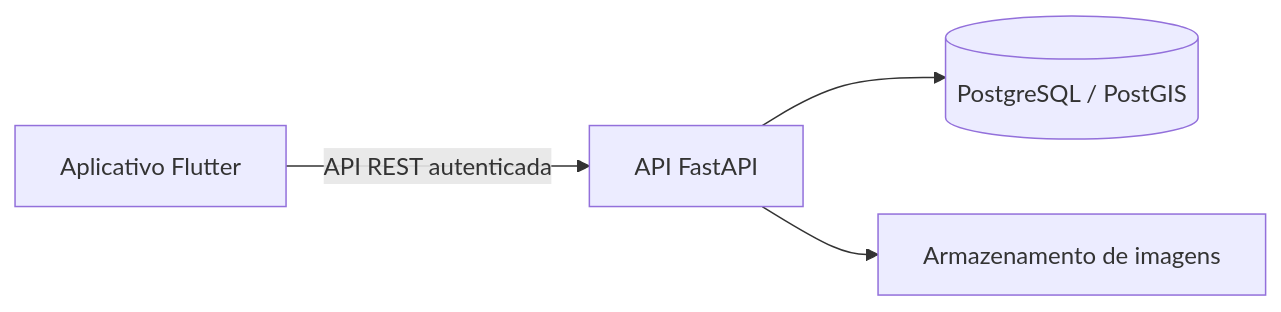
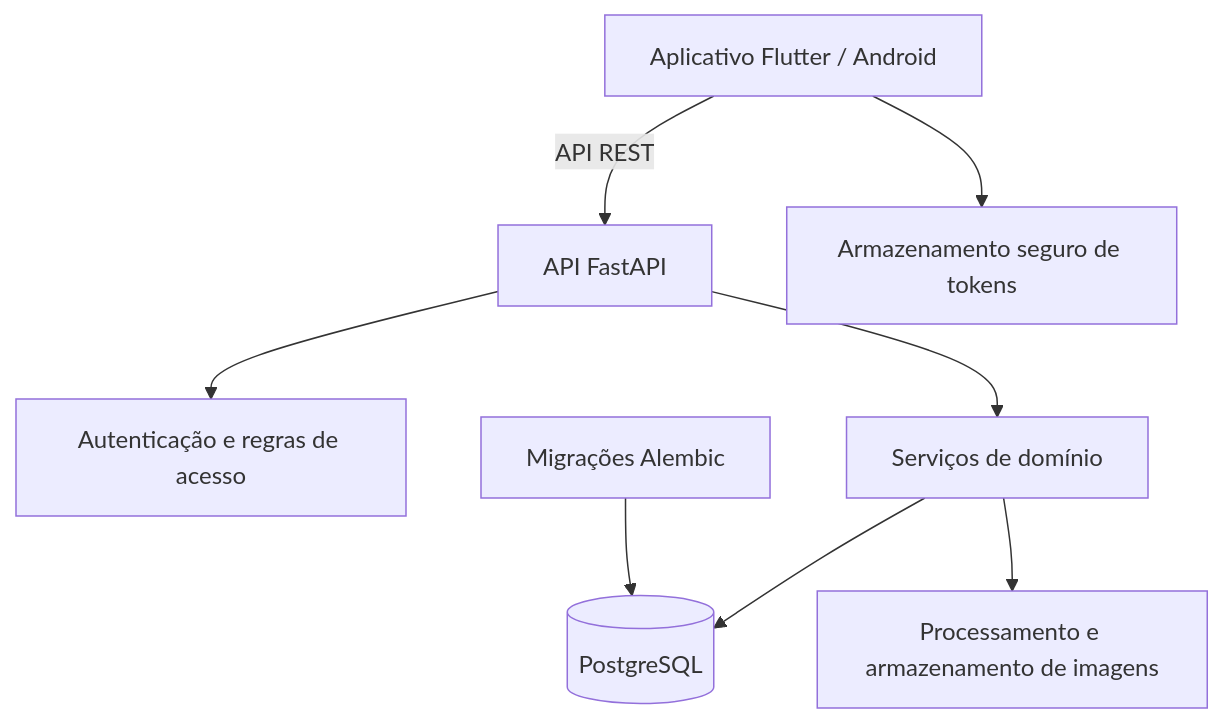
Before and after one commit to raullferreiraa/garagem-digital: the diagram in README.md, drawn with Mermaid. The commit also changed other lines of this file, not shown here.

````diff
--- a/README.md
+++ b/README.md
@@ -26,6 +151,10 @@
 ```mermaid
-flowchart LR
-    A[Aplicativo Flutter] -->|API REST autenticada| B[API FastAPI]
-    B --> C[(PostgreSQL / PostGIS)]
-    B --> D[Armazenamento de imagens]
+flowchart TD
+    A[Aplicativo Flutter / Android] -->|API REST| B[API FastAPI]
+    A --> C[Armazenamento seguro de tokens]
+    B --> D[Autenticação e regras de acesso]
+    B --> E[Serviços de domínio]
+    E --> F[(PostgreSQL)]
+    E --> G[Processamento e armazenamento de imagens]
+    H[Migrações Alembic] --> F
 ```
````
